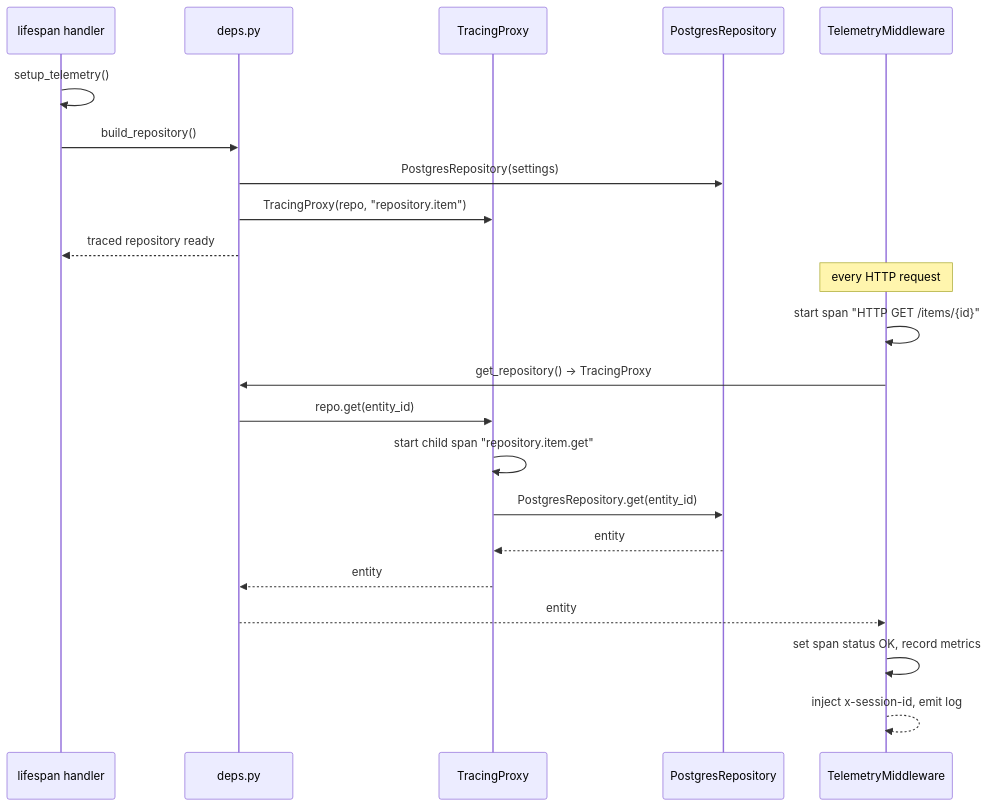
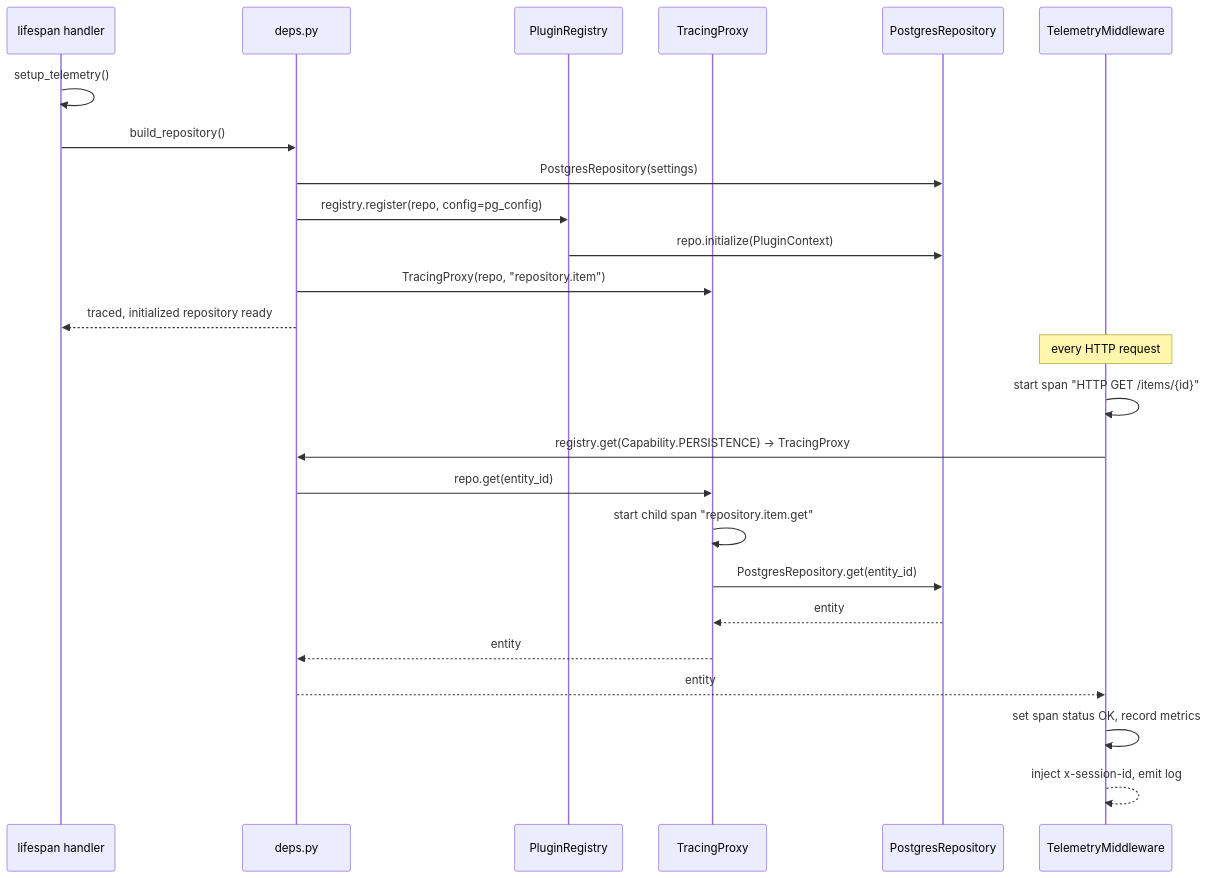
One commit to Furious-Meteors/openframe-core changed the second of 3 diagrams in docs/technical/architecture/system-architecture.md. Above: the diagram before and after it, drawn with Mermaid. The commit also changed other lines of this file and 94 other files, not shown here.

````diff
--- a/docs/technical/architecture/system-architecture.md
+++ b/docs/technical/architecture/system-architecture.md
@@ -52,26 +106,29 @@
 ```mermaid
 sequenceDiagram
     participant L as lifespan handler
     participant D as deps.py
+    participant Reg as PluginRegistry
     participant TP as TracingProxy
     participant R as PostgresRepository
     participant MW as TelemetryMiddleware
 
     L->>L: setup_telemetry()
     L->>D: build_repository()
     D->>R: PostgresRepository(settings)
+    D->>Reg: registry.register(repo, config=pg_config)
+    Reg->>R: repo.initialize(PluginContext)
     D->>TP: TracingProxy(repo, "repository.item")
-    D-->>L: traced repository ready
+    D-->>L: traced, initialized repository ready
 
     Note over MW: every HTTP request
     MW->>MW: start span "HTTP GET /items/{id}"
-    MW->>D: get_repository() → TracingProxy
+    MW->>D: registry.get(Capability.PERSISTENCE) → TracingProxy
     D->>TP: repo.get(entity_id)
     TP->>TP: start child span "repository.item.get"
     TP->>R: PostgresRepository.get(entity_id)
     R-->>TP: entity
     TP-->>D: entity
     D-->>MW: entity
     MW->>MW: set span status OK, record metrics
     MW-->>MW: inject x-session-id, emit log
 ```
````
